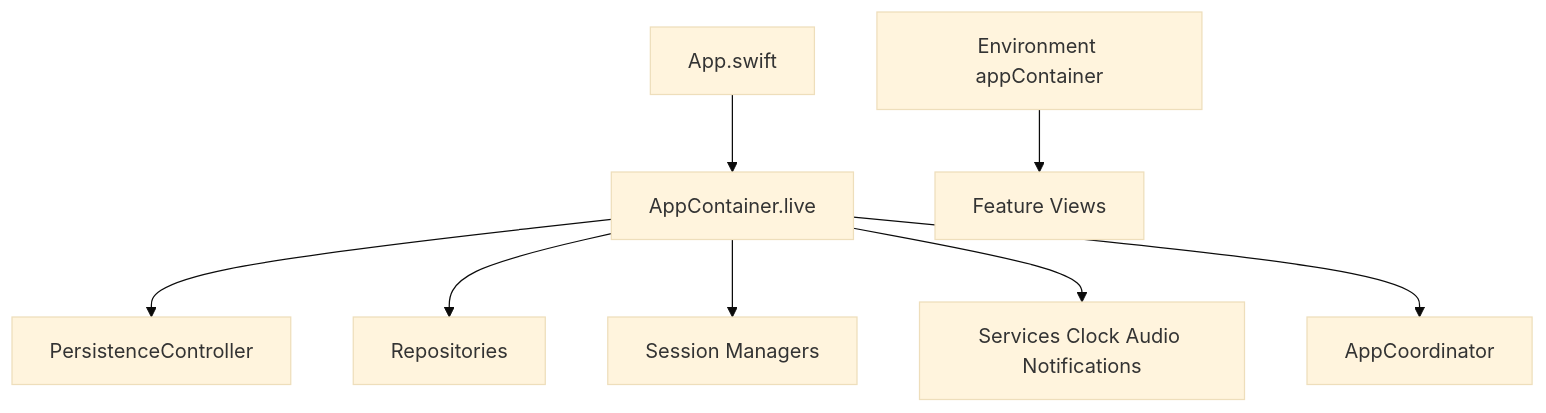
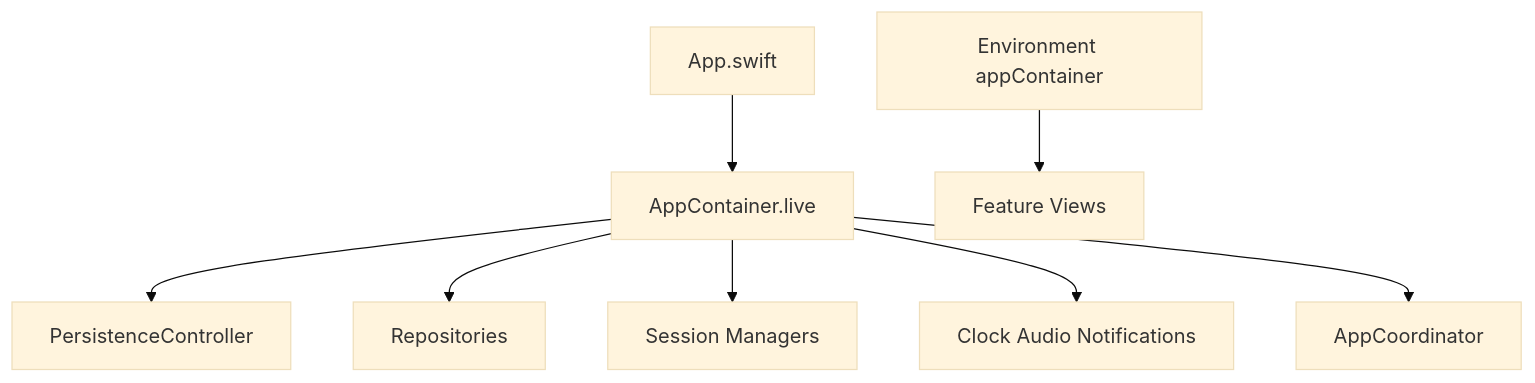
Before and after one commit to nguyenquanghuy22041990/FocusUp: the diagram in docs/interview-guide/design-patterns/dependency-injection.md, drawn with Mermaid (base theme). The commit also changed 30 other files, not shown here.

````diff
--- a/docs/interview-guide/design-patterns/dependency-injection.md
+++ b/docs/interview-guide/design-patterns/dependency-injection.md
@@ -23,10 +23,10 @@
 ```mermaid
 flowchart TB
-    App[App.swift] --> Container[AppContainer.live]
+    App["App.swift"] --> Container["AppContainer.live"]
     Container --> Persist[PersistenceController]
     Container --> Repos[Repositories]
-    Container --> Mgr[Session Managers]
-    Container --> Svc[Services Clock Audio Notifications]
+    Container --> Mgr["Session Managers"]
+    Container --> Svc["Clock Audio Notifications"]
     Container --> Coord[AppCoordinator]
-    Env[Environment appContainer] --> Views[Feature Views]
+    Env["Environment appContainer"] --> Views["Feature Views"]
 ```
````
